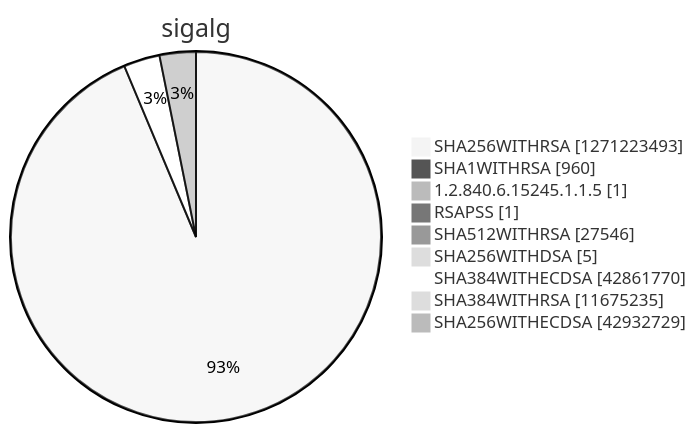
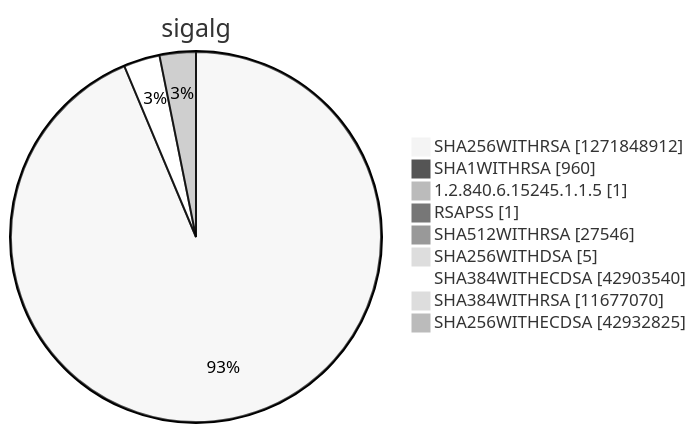
Diagram 15 of 15 in argon2022/README.md (christiankrug/ctmonitor_visualization), drawn with Mermaid (neutral theme) before and after one commit. The commit also changed other lines of this file, not shown here.

````diff
--- a/argon2022/README.md
+++ b/argon2022/README.md
@@ -5522,13 +5522,13 @@
 ```mermaid
 pie showData
 title sigalg
-"SHA256WITHRSA" :1271223493
+"SHA256WITHRSA" :1271848912
 "SHA1WITHRSA" :960
 "1.2.840.6.15245.1.1.5" :1
 "RSAPSS" :1
 "SHA512WITHRSA" :27546
 "SHA256WITHDSA" :5
-"SHA384WITHECDSA" :42861770
-"SHA384WITHRSA" :11675235
-"SHA256WITHECDSA" :42932729
+"SHA384WITHECDSA" :42903540
+"SHA384WITHRSA" :11677070
+"SHA256WITHECDSA" :42932825
 ```
````
